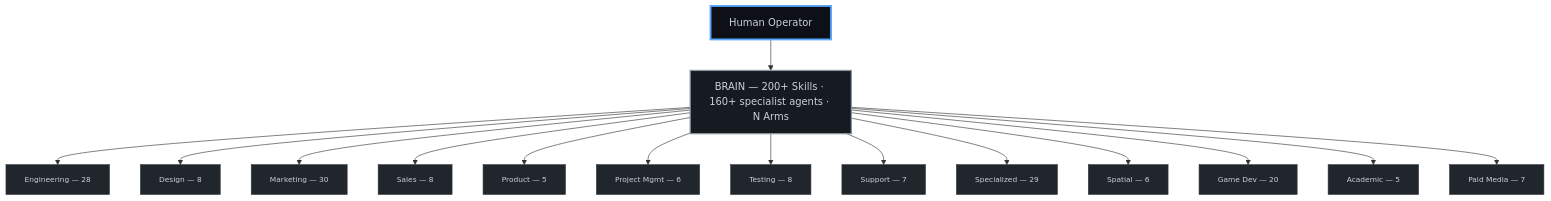
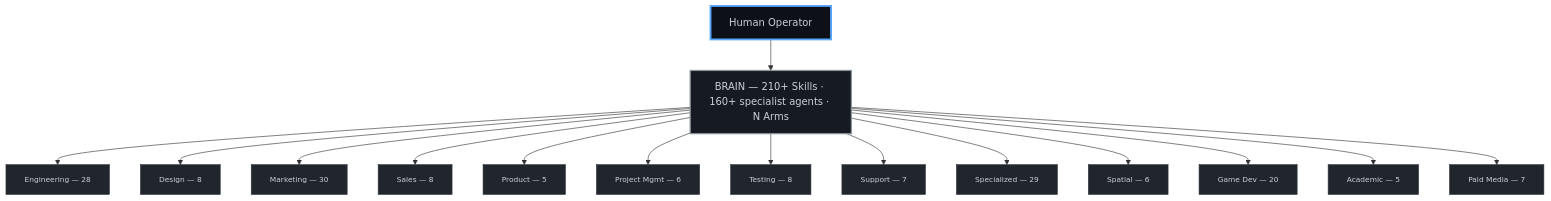
One commit to CarlosCaPe/octorato changed the diagram in README.md. Above: the diagram before and after it, drawn with Mermaid. The commit also changed other lines of this file and 9 other files, not shown here.

````diff
--- a/README.md
+++ b/README.md
@@ -415,24 +415,24 @@
 ```mermaid
 graph TB
     classDef ceo fill:#0D1117,stroke:#58A6FF,stroke-width:3px,color:#C9D1D9
     classDef brain fill:#161B22,stroke:#8B949E,stroke-width:2px,color:#C9D1D9
     classDef div fill:#21262D,stroke:#30363D,stroke-width:1px,color:#C9D1D9,font-size:12px
 
     CEO["Human Operator"]:::ceo
-    BRAIN["BRAIN — 200+ Skills · 160+ specialist agents · N Arms"]:::brain
+    BRAIN["BRAIN — 210+ Skills · 160+ specialist agents · N Arms"]:::brain
     CEO --> BRAIN
 
     BRAIN --> ENG["Engineering — 28"]:::div
     BRAIN --> DES["Design — 8"]:::div
     BRAIN --> MKT["Marketing — 30"]:::div
     BRAIN --> SAL["Sales — 8"]:::div
     BRAIN --> PRD["Product — 5"]:::div
     BRAIN --> PM["Project Mgmt — 6"]:::div
     BRAIN --> TST["Testing — 8"]:::div
     BRAIN --> SUP["Support — 7"]:::div
     BRAIN --> SPC["Specialized — 29"]:::div
     BRAIN --> XR["Spatial — 6"]:::div
     BRAIN --> GMD["Game Dev — 20"]:::div
     BRAIN --> ACD["Academic — 5"]:::div
     BRAIN --> PMA["Paid Media — 7"]:::div
 ```
````
